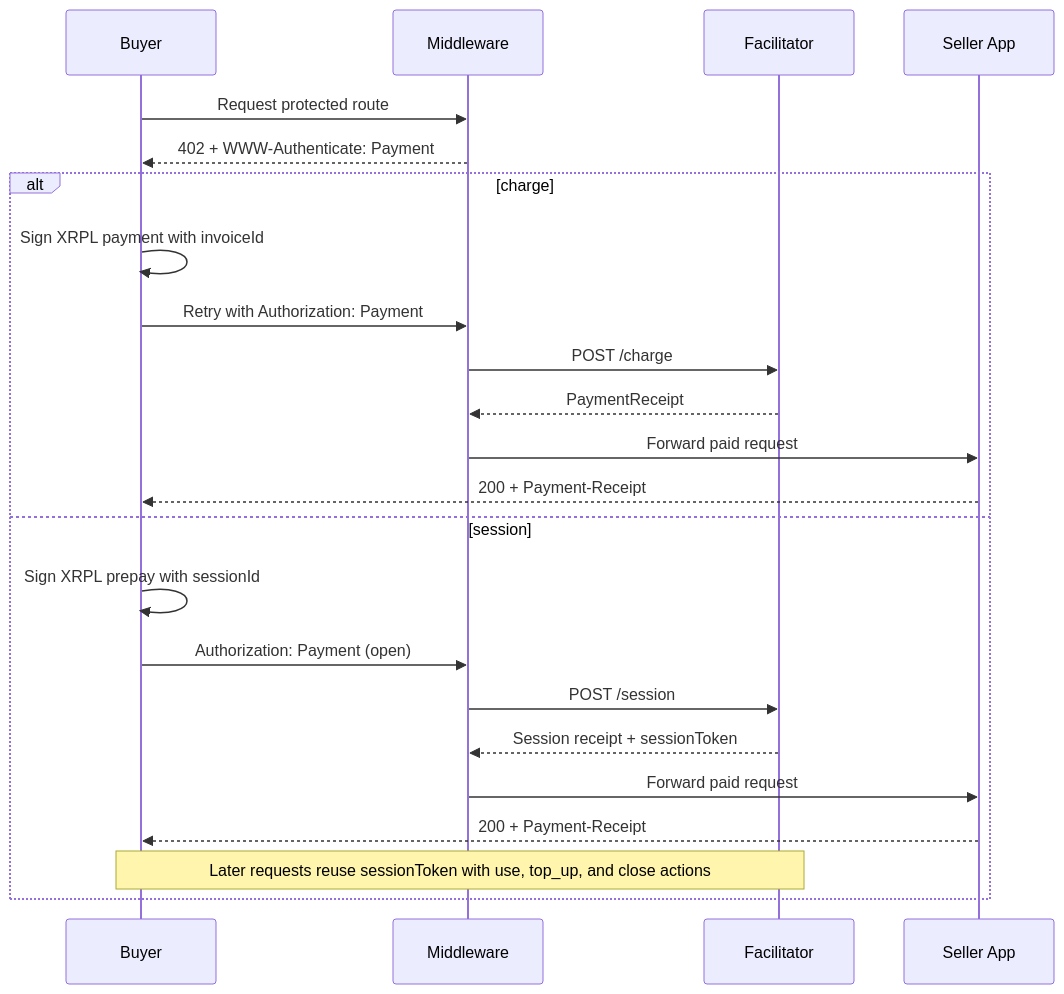
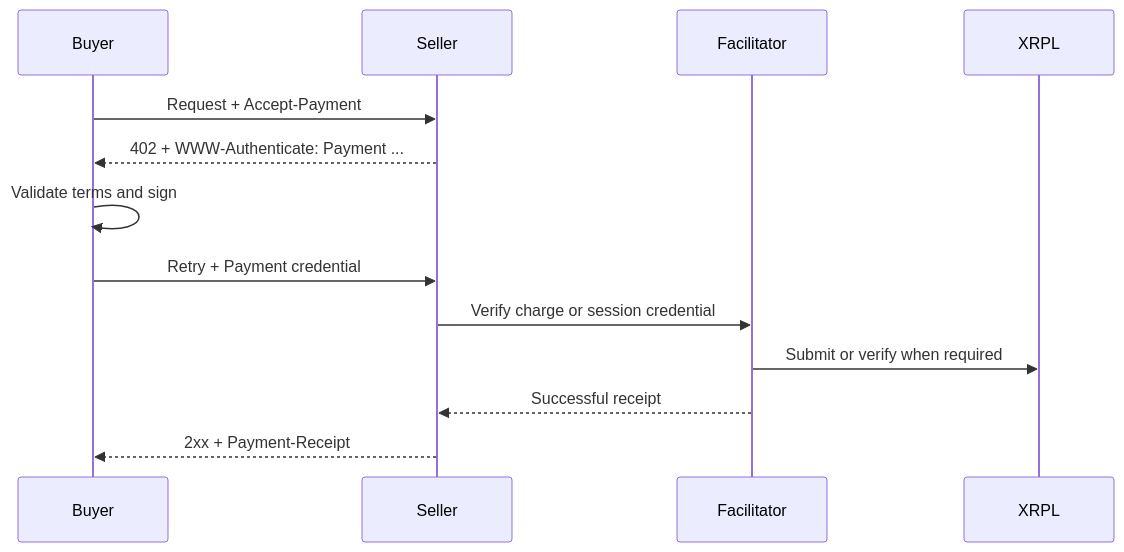
The diagram in README.md (lgcarrier/xrpl-mpp-stack), drawn with Mermaid before and after one commit. The commit also changed other lines of this file and 159 other files, not shown here.

````diff
--- a/README.md
+++ b/README.md
@@ -45,27 +57,16 @@
 ```mermaid
 sequenceDiagram
     participant Buyer
-    participant Middleware
+    participant Seller
     participant Facilitator
-    participant App as Seller App
+    participant XRPL
 
-    Buyer->>Middleware: Request protected route
-    Middleware-->>Buyer: 402 + WWW-Authenticate: Payment
-
-    alt charge
-        Buyer->>Buyer: Sign XRPL payment with invoiceId
-        Buyer->>Middleware: Retry with Authorization: Payment
-        Middleware->>Facilitator: POST /charge
-        Facilitator-->>Middleware: PaymentReceipt
-        Middleware->>App: Forward paid request
-        App-->>Buyer: 200 + Payment-Receipt
-    else session
-        Buyer->>Buyer: Sign XRPL prepay with sessionId
-        Buyer->>Middleware: Authorization: Payment (open)
-        Middleware->>Facilitator: POST /session
-        Facilitator-->>Middleware: Session receipt + sessionToken
-        Middleware->>App: Forward paid request
-        App-->>Buyer: 200 + Payment-Receipt
-        Note over Buyer,Facilitator: Later requests reuse sessionToken with use, top_up, and close actions
-    end
+    Buyer->>Seller: Request + Accept-Payment
+    Seller-->>Buyer: 402 + WWW-Authenticate: Payment ...
+    Buyer->>Buyer: Validate terms and sign
+    Buyer->>Seller: Retry + Payment credential
+    Seller->>Facilitator: Verify charge or session credential
+    Facilitator->>XRPL: Submit or verify when required
+    Facilitator-->>Seller: Successful receipt
+    Seller-->>Buyer: 2xx + Payment-Receipt
 ```
````
